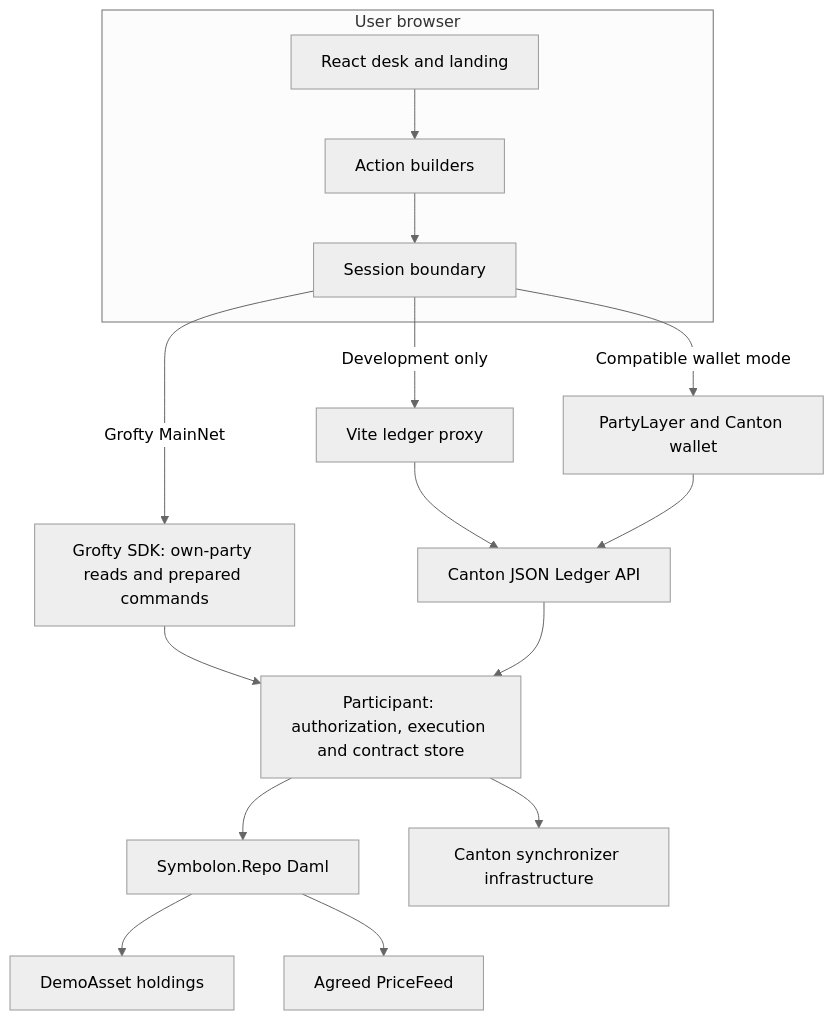
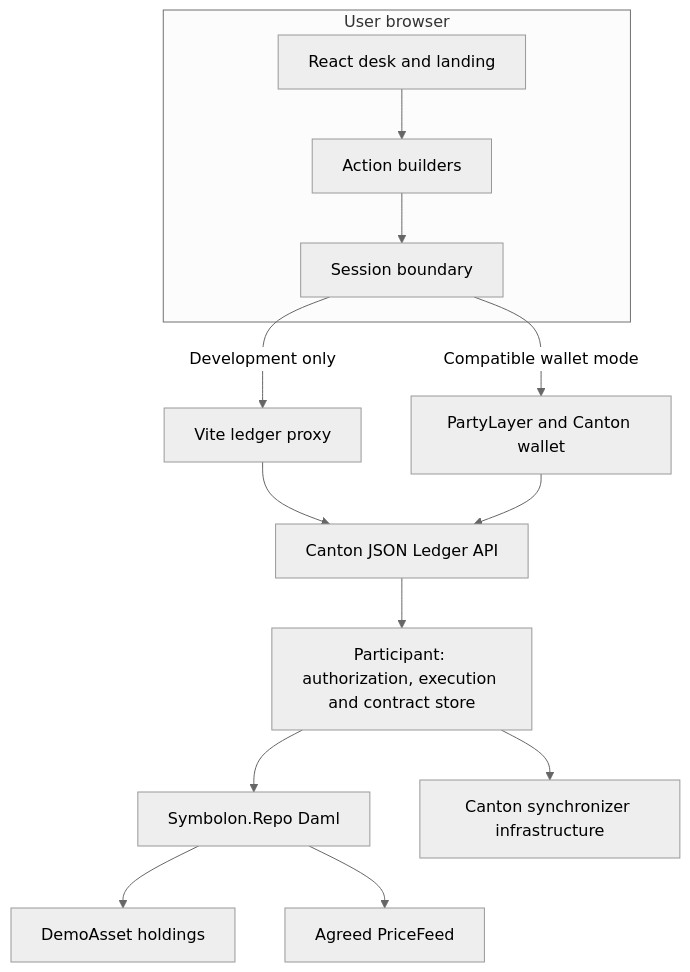
One commit to EndPx/symbolon changed the diagram in docs/gitbook/architecture/overview.md. Above: the diagram before and after it, drawn with Mermaid (neutral theme). The commit also changed other lines of this file and 40 other files, not shown here.

````diff
--- a/docs/gitbook/architecture/overview.md
+++ b/docs/gitbook/architecture/overview.md
@@ -5,20 +7,18 @@
 ```mermaid
 flowchart TB
     subgraph Browser[User browser]
         UI[React desk and landing]
         Actions[Action builders]
         Session[Session boundary]
         UI --> Actions --> Session
     end
     Session -->|Development only| Proxy[Vite ledger proxy]
     Session -->|Compatible wallet mode| Wallet[PartyLayer and Canton wallet]
-    Session -->|Grofty MainNet| Grofty[Grofty SDK: own-party reads and prepared commands]
     Proxy --> JSON[Canton JSON Ledger API]
     Wallet --> JSON
-    Grofty --> Participant
     JSON --> Participant[Participant: authorization, execution and contract store]
     Participant --> Repo[Symbolon.Repo Daml]
     Repo --> Assets[DemoAsset holdings]
     Repo --> Marks[Agreed PriceFeed]
     Participant --> Sync[Canton synchronizer infrastructure]
 ```
````
